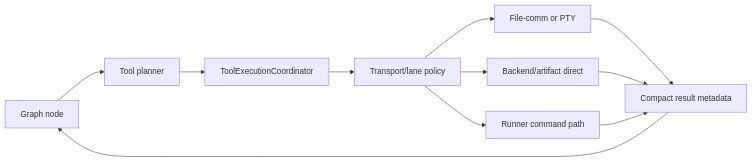
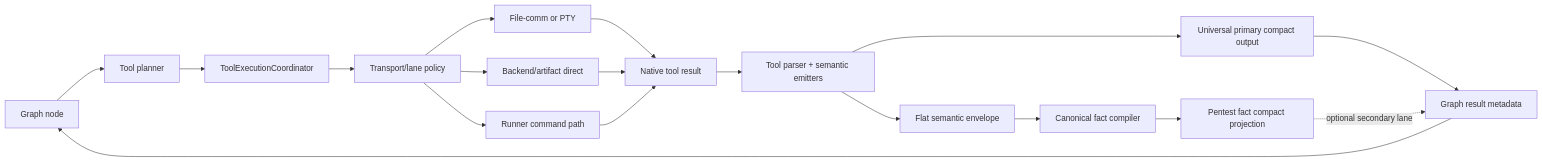
Before and after one commit to quareth/drowAI: the diagram in docs/architecture/agent-architecture.md, drawn with Mermaid. The commit also changed other lines of this file and 179 other files, not shown here.

First line of the commit message:
feat: establish canonical pentest fact foundation (#50)

````diff
--- a/docs/architecture/agent-architecture.md
+++ b/docs/architecture/agent-architecture.md
@@ -109,22 +134,35 @@
 ```mermaid
 flowchart LR
     Graph[Graph node]
     Planner[Tool planner]
     Coordinator[ToolExecutionCoordinator]
     Policy[Transport/lane policy]
     Local[File-comm or PTY]
     Direct[Backend/artifact direct]
     Runner[Runner command path]
-    Result[Compact result metadata]
+    Native["Native tool result"]
+    Enrichment["Tool parser + semantic emitters"]
+    Envelope["Flat semantic envelope"]
+    Primary["Universal primary compact output"]
+    Compiler["Canonical fact compiler"]
+    FactProjection["Pentest fact compact projection"]
+    Result["Graph result metadata"]
 
     Graph --> Planner
     Planner --> Coordinator
     Coordinator --> Policy
     Policy --> Local
     Policy --> Direct
     Policy --> Runner
-    Local --> Result
-    Direct --> Result
-    Runner --> Result
+    Local --> Native
+    Direct --> Native
+    Runner --> Native
+    Native --> Enrichment
+    Enrichment --> Envelope
+    Enrichment --> Primary
+    Envelope --> Compiler
+    Compiler --> FactProjection
+    Primary --> Result
+    FactProjection -. "optional secondary lane" .-> Result
     Result --> Graph
 ```
````
